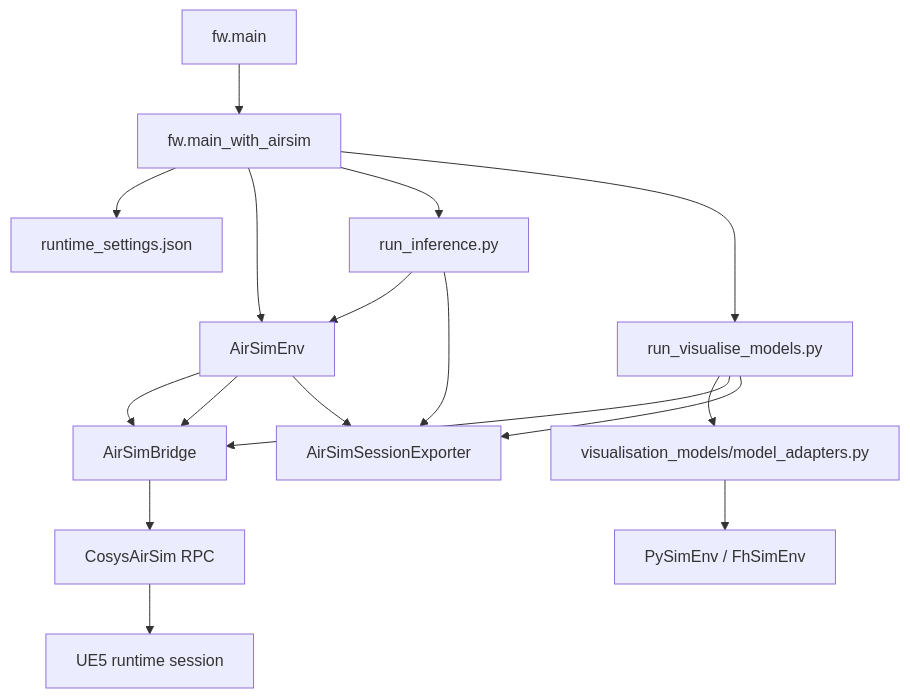
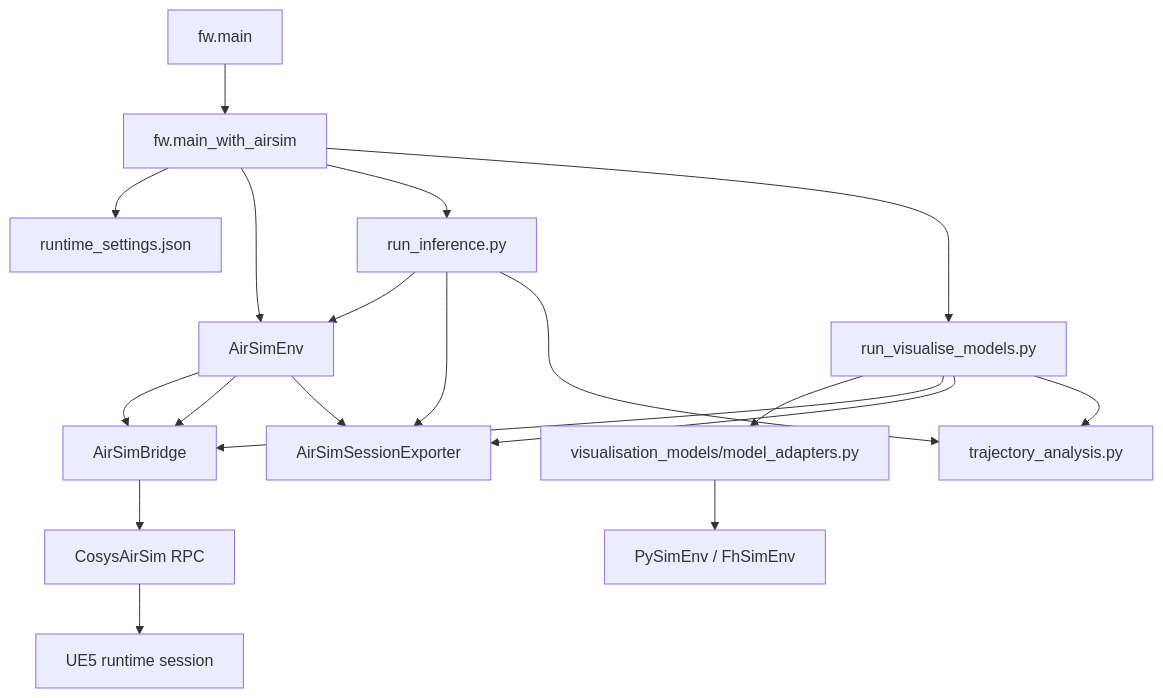
Before and after one commit to UAntwerpM4S/RudoLF: the second of 6 diagrams in docs/airsim_architecture.md, drawn with Mermaid. The commit also changed other lines of this file and 4 other files, not shown here.

````diff
--- a/docs/airsim_architecture.md
+++ b/docs/airsim_architecture.md
@@ -30,23 +30,25 @@
 ```mermaid
 flowchart TD
     A["fw.main"] --> B["fw.main_with_airsim"]
     B --> C["runtime_settings.json"]
 
     B --> D["AirSimEnv"]
     B --> E["run_inference.py"]
     B --> F["run_visualise_models.py"]
 
     D --> G["AirSimBridge"]
     E --> D
     F --> H["visualisation_models/model_adapters.py"]
     H --> I["PySimEnv / FhSimEnv"]
     F --> G
     D --> G
 
     G --> J["CosysAirSim RPC"]
     J --> K["UE5 runtime session"]
 
     D --> L["AirSimSessionExporter"]
     E --> L
     F --> L
+    E --> M["trajectory_analysis.py"]
+    F --> M
 ```
````
